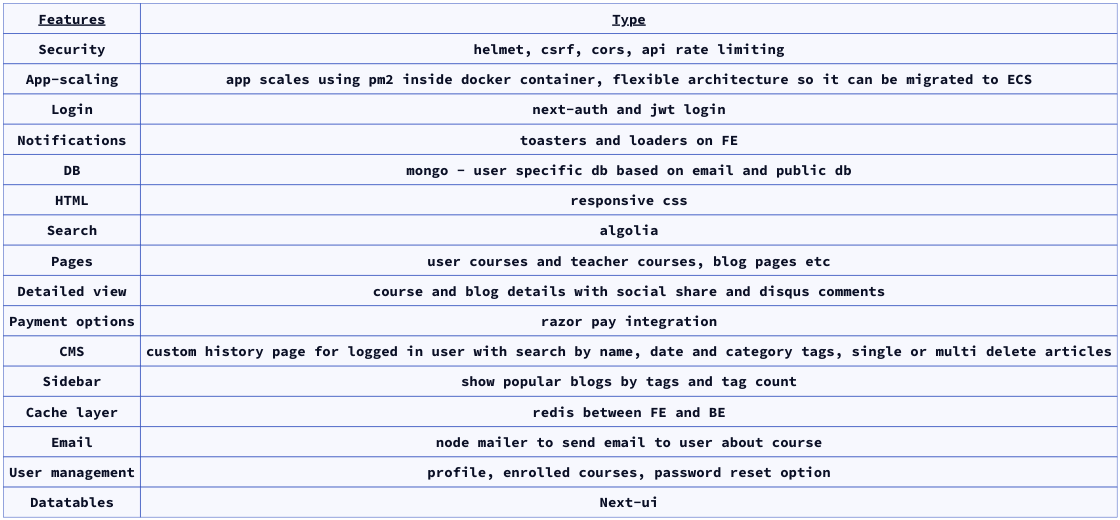
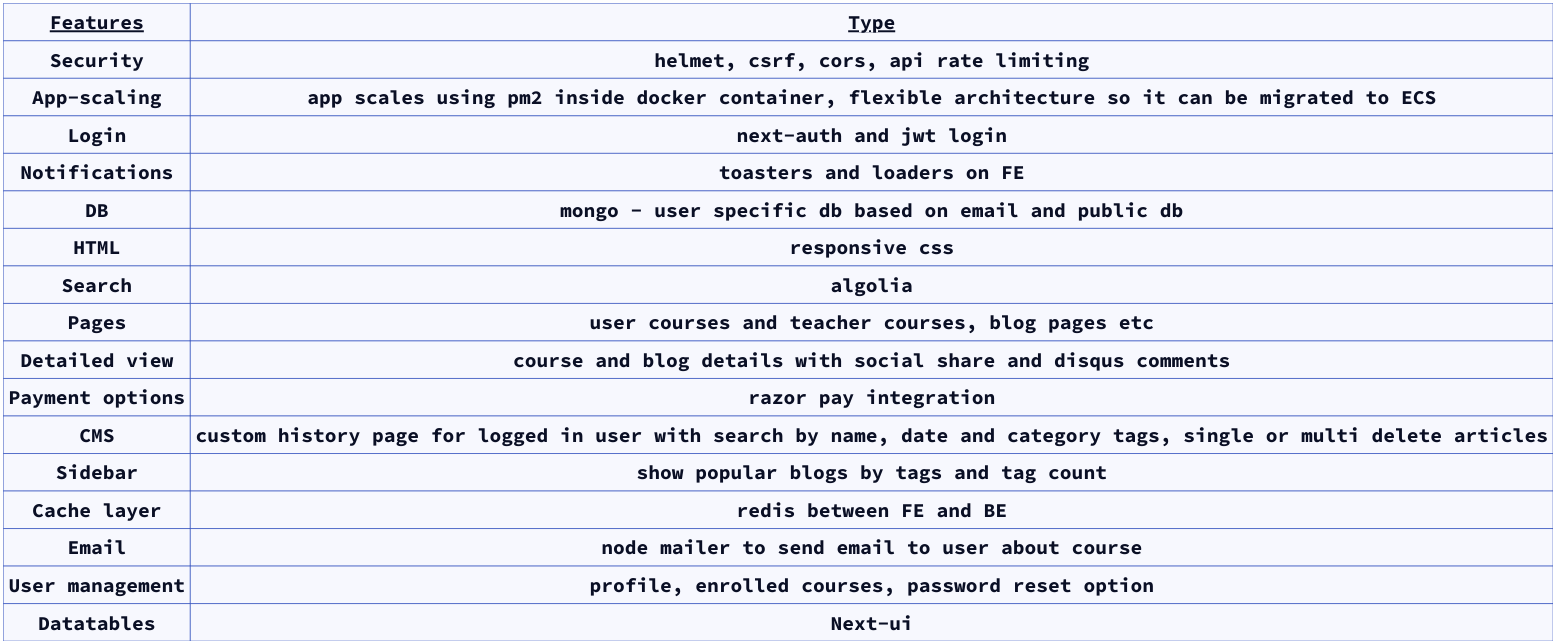
Before and after one commit to whatsnxt-org/whatsnxt-app-architecture: the diagram in features.d2, drawn with D2.

```diff
--- a/features.d2
+++ b/features.d2
@@ -1,66 +1,66 @@
 # Specified so that objects are written in row-dominant order
 grid-rows: 2
 grid-columns: 2
 grid-gap: 0
 
 classes: {
   header: {
     style.underline: true
   }
 }
 
 Features.class: header
 Type.class: header
 
 Security
 helmet, csrf, cors, api rate limiting
 
 App-scaling
 app scales using pm2 inside docker container, flexible architecture so it can be migrated to ECS
 
 Login
 next-auth and jwt login
 
 Notifications
 toasters and loaders on FE
 
 DB
 mongo - user specific db based on email and public db
 
 HTML
 responsive css
 
 Search
 algolia
 
 Pages
 user courses and teacher courses, blog pages etc
 
 Detailed view
 course and blog details with social share and disqus comments
 
 Payment options
 razor pay integration
 
 CMS
 custom history page for logged in user with search by name, date and category tags, single or multi delete articles
 
 Sidebar
 show popular blogs by tags and tag count
 
 Cache layer
 redis between FE and BE
 
 Email
 node mailer to send email to user about course
 
 User management
 profile, enrolled courses, password reset option
 
 Datatables
 Next-ui
 
 *: {
-  style.font-size: 50
+  style.font-size: 70
   style.font: mono
 }
```
